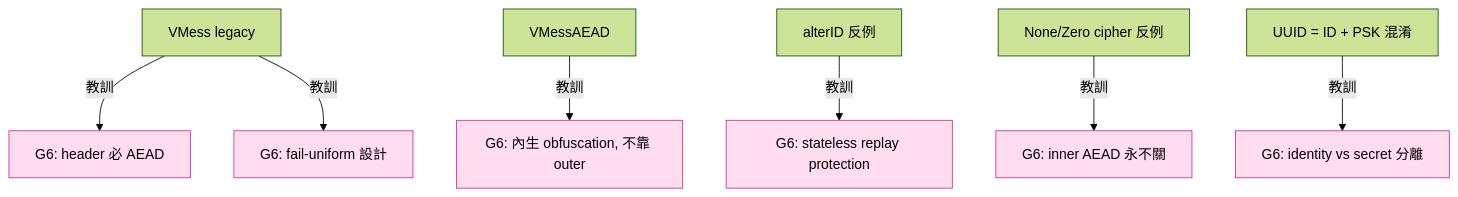
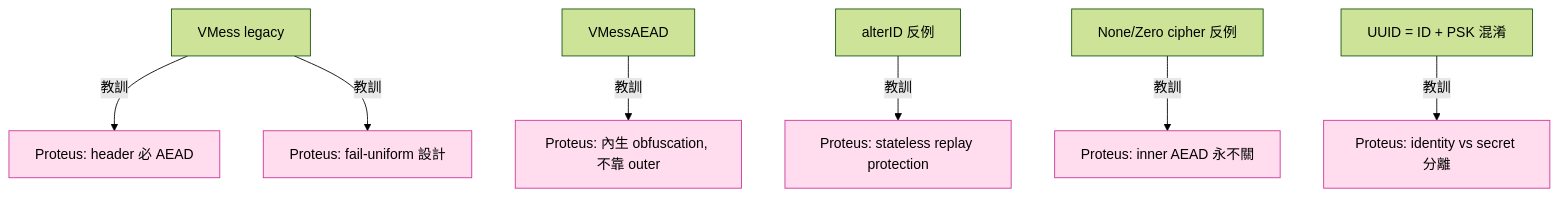
Before and after one commit to Icarus603/network-from-scratch: the second of 2 diagrams in lessons/part-7-proxy-protocols/7.5-vmess.md, drawn with Mermaid (forest theme). The commit also changed other lines of this file and 300 other files, not shown here.

````diff
--- a/lessons/part-7-proxy-protocols/7.5-vmess.md
+++ b/lessons/part-7-proxy-protocols/7.5-vmess.md
@@ -427,12 +427,12 @@
 ```mermaid
 flowchart TD
-    VMess_legacy[VMess legacy] -- 教訓 --> G_AEAD[G6: header 必 AEAD]
-    VMess_legacy -- 教訓 --> G_FAIL[G6: fail-uniform 設計]
-    VMess_AEAD[VMessAEAD] -- 教訓 --> G_OBF[G6: 內生 obfuscation, 不靠 outer]
-    alterID[alterID 反例] -- 教訓 --> G_STATELESS[G6: stateless replay protection]
-    NoneZero[None/Zero cipher 反例] -- 教訓 --> G_AEAD2[G6: inner AEAD 永不關]
-    UUID_PSK[UUID = ID + PSK 混淆] -- 教訓 --> G_SEP[G6: identity vs secret 分離]
+    VMess_legacy[VMess legacy] -- 教訓 --> G_AEAD[Proteus: header 必 AEAD]
+    VMess_legacy -- 教訓 --> G_FAIL[Proteus: fail-uniform 設計]
+    VMess_AEAD[VMessAEAD] -- 教訓 --> G_OBF[Proteus: 內生 obfuscation, 不靠 outer]
+    alterID[alterID 反例] -- 教訓 --> G_STATELESS[Proteus: stateless replay protection]
+    NoneZero[None/Zero cipher 反例] -- 教訓 --> G_AEAD2[Proteus: inner AEAD 永不關]
+    UUID_PSK[UUID = ID + PSK 混淆] -- 教訓 --> G_SEP[Proteus: identity vs secret 分離]
 
     classDef ours fill:#fde,stroke:#c39
     class G_AEAD,G_FAIL,G_OBF,G_STATELESS,G_AEAD2,G_SEP ours
 ```
````
